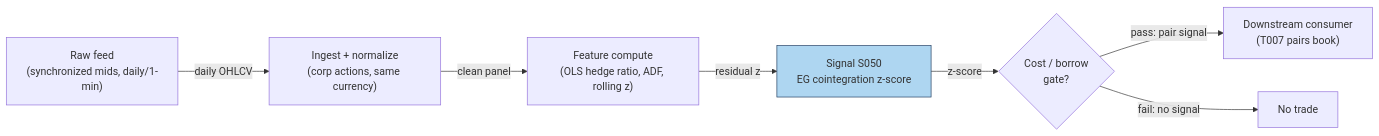
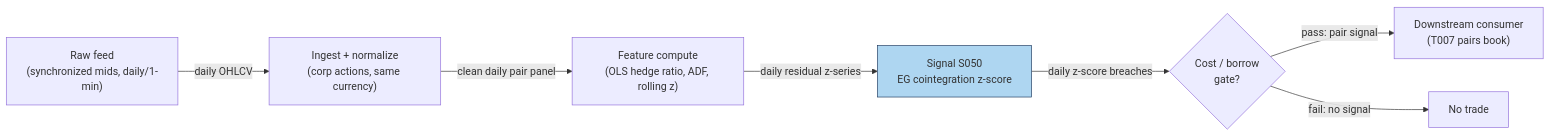
Before and after one commit to praveenguptahcl/quant-signals-deep: the diagram in batches/SB3/S050.md, drawn with Mermaid. The commit also changed other lines of this file and 34 other files, not shown here.

````diff
--- a/batches/SB3/S050.md
+++ b/batches/SB3/S050.md
@@ -185,10 +179,10 @@
 ```mermaid
 flowchart LR
     FEED["Raw feed\n(synchronized mids, daily/1-min)"] -->|"daily OHLCV"| ING["Ingest + normalize\n(corp actions, same currency)"]
-    ING -->|"clean panel"| FEAT["Feature compute\n(OLS hedge ratio, ADF, rolling z)"]
-    FEAT -->|"residual z"| SIG["Signal S050\nEG cointegration z-score"]
-    SIG -->|"z-score"| GATE{"Cost / borrow\ngate?"}
+    ING -->|"clean daily pair panel"| FEAT["Feature compute\n(OLS hedge ratio, ADF, rolling z)"]
+    FEAT -->|"daily residual z-series"| SIG["Signal S050\nEG cointegration z-score"]
+    SIG -->|"daily z-score breaches"| GATE{"Cost / borrow\ngate?"}
     GATE -->|"pass: pair signal"| OUT["Downstream consumer\n(T007 pairs book)"]
     GATE -->|"fail: no signal"| DROP["No trade"]
     style SIG fill:#aed6f1,stroke:#1f3a5f
 ```
````
